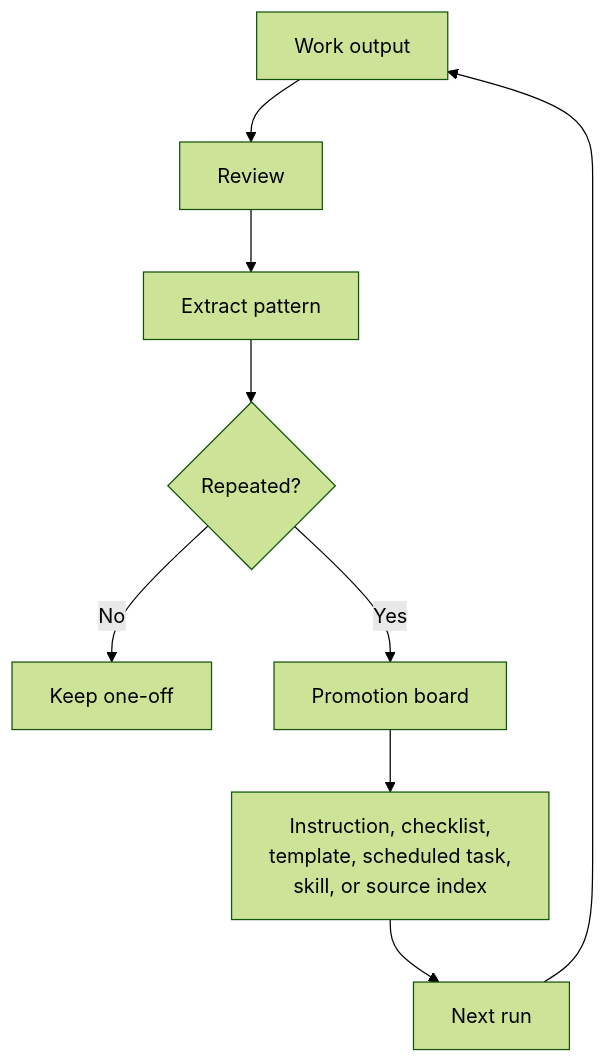
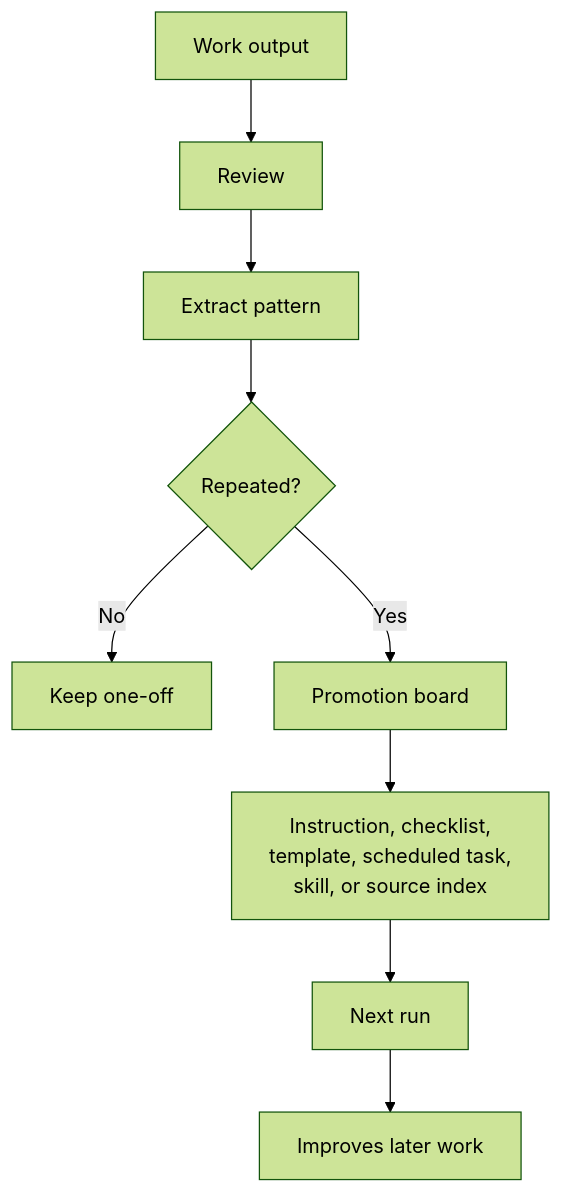
One commit to marcus-uden-dev/ai-native-proof-of-work changed the diagram in diagrams/RECURSIVE_AGENT_MODEL.md. Above: the diagram before and after it, drawn with Mermaid (forest theme). The commit also changed 8 other files, not shown here.

Commit message:
Fix GitHub Mermaid clipping in workflow diagrams

````diff
--- a/diagrams/RECURSIVE_AGENT_MODEL.md
+++ b/diagrams/RECURSIVE_AGENT_MODEL.md
@@ -6,11 +6,11 @@
 ```mermaid
 flowchart TD
     A["Work output"] --> B["Review"]
     B --> C["Extract pattern"]
     C --> D{"Repeated?"}
     D -->|No| E["Keep one-off"]
     D -->|Yes| F["Promotion board"]
     F --> G["Instruction, checklist,<br/>template, scheduled task,<br/>skill, or source index"]
     G --> H["Next run"]
-    H --> A
+    H --> I["Improves later work"]
 ```
````
